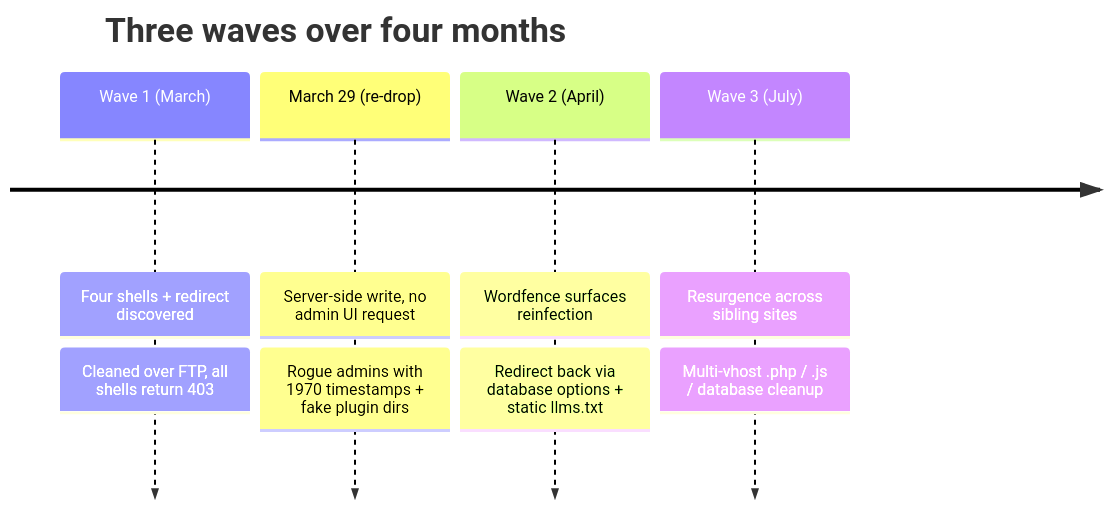
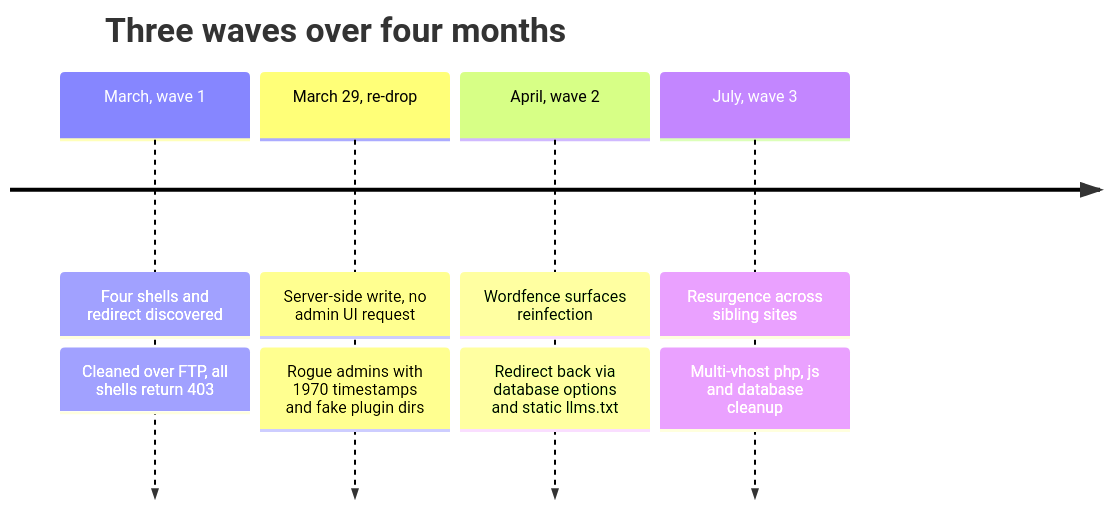
The second of 5 diagrams in analysis/01-ir-war-story.md (ZenithGenius/wordpress-webshell-campaign), drawn with Mermaid before and after one commit. The commit also changed other lines of this file, not shown here.

Commit message:
fix: quote Mermaid labels with special chars; simplify timeline periods

````diff
--- a/analysis/01-ir-war-story.md
+++ b/analysis/01-ir-war-story.md
@@ -34,8 +34,8 @@
 ```mermaid
 timeline
     title Three waves over four months
-    Wave 1 (March) : Four shells + redirect discovered : Cleaned over FTP, all shells return 403
-    March 29 (re-drop) : Server-side write, no admin UI request : Rogue admins with 1970 timestamps + fake plugin dirs
-    Wave 2 (April) : Wordfence surfaces reinfection : Redirect back via database options + static llms.txt
-    Wave 3 (July) : Resurgence across sibling sites : Multi-vhost .php / .js / database cleanup
+    March, wave 1 : Four shells and redirect discovered : Cleaned over FTP, all shells return 403
+    March 29, re-drop : Server-side write, no admin UI request : Rogue admins with 1970 timestamps and fake plugin dirs
+    April, wave 2 : Wordfence surfaces reinfection : Redirect back via database options and static llms.txt
+    July, wave 3 : Resurgence across sibling sites : Multi-vhost php, js and database cleanup
 ```
````
